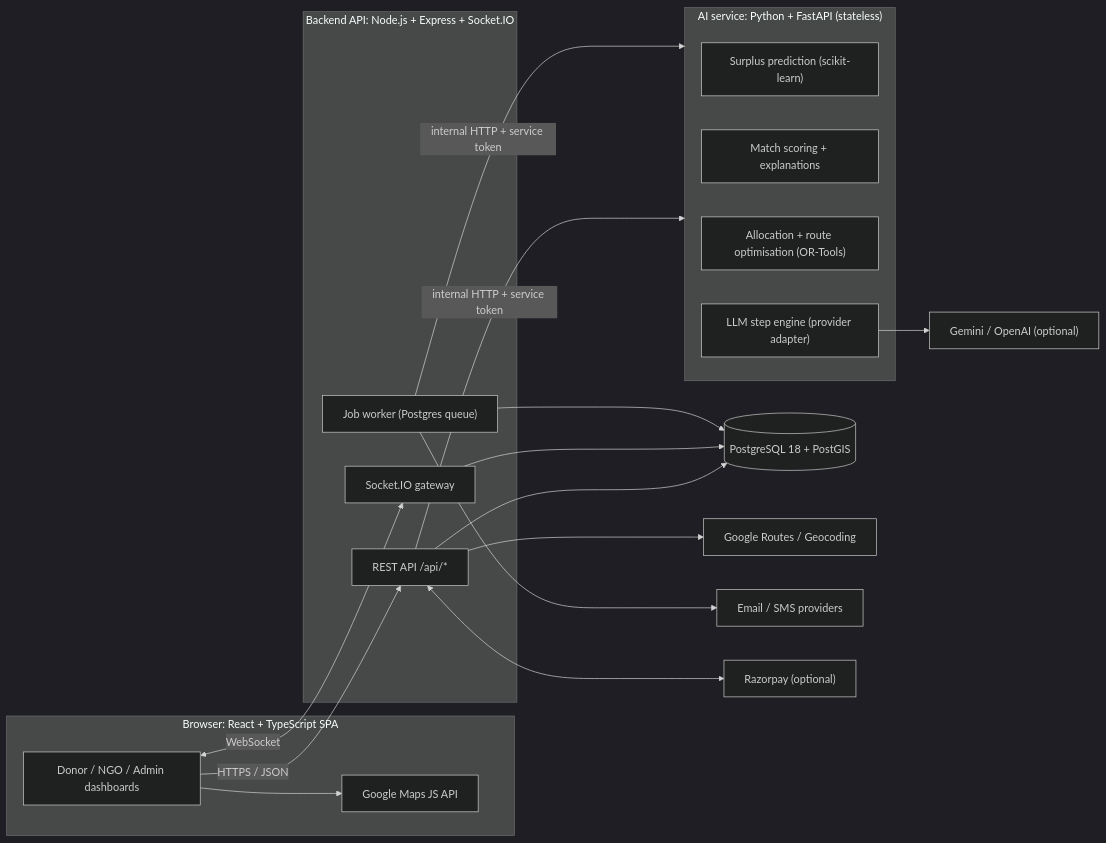
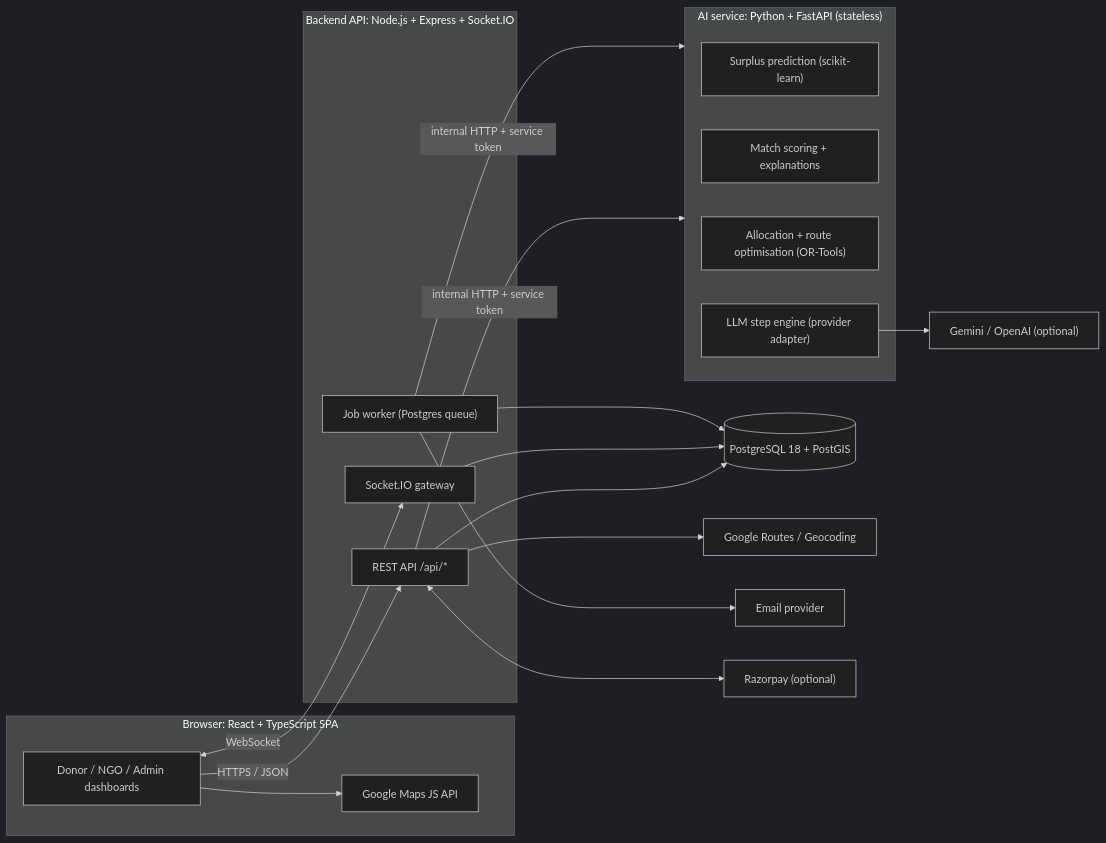
The first of 5 diagrams in docs/SYSTEM_ARCHITECTURE.md (sejal0324/Foodbridge), drawn with Mermaid (dark theme) before and after one commit. The commit also changed other lines of this file and 673 other files, not shown here.

````diff
--- a/docs/SYSTEM_ARCHITECTURE.md
+++ b/docs/SYSTEM_ARCHITECTURE.md
@@ -36,35 +35,35 @@
 ```mermaid
 flowchart LR
   subgraph Browser["Browser: React + TypeScript SPA"]
     UI["Donor / NGO / Admin dashboards"]
     GMJS["Google Maps JS API"]
   end
 
   subgraph Backend["Backend API: Node.js + Express + Socket.IO"]
     REST["REST API /api/*"]
     SOCK["Socket.IO gateway"]
     WORKER["Job worker (Postgres queue)"]
   end
 
   subgraph AI["AI service: Python + FastAPI (stateless)"]
     PRED["Surplus prediction (scikit-learn)"]
     MATCH["Match scoring + explanations"]
     OPT["Allocation + route optimisation (OR-Tools)"]
     LLMSTEP["LLM step engine (provider adapter)"]
   end
 
   DB[("PostgreSQL 18 + PostGIS")]
 
   UI -- "HTTPS / JSON" --> REST
   UI <-- "WebSocket" --> SOCK
   UI --> GMJS
   REST --> DB
   SOCK --> DB
   WORKER --> DB
   REST -- "internal HTTP + service token" --> AI
   WORKER -- "internal HTTP + service token" --> AI
   REST --> GROUTES["Google Routes / Geocoding"]
-  WORKER --> MSG["Email / SMS providers"]
+  WORKER --> MSG["Email provider"]
   REST <--> RZP["Razorpay (optional)"]
   LLMSTEP --> LLMP["Gemini / OpenAI (optional)"]
 ```
````
